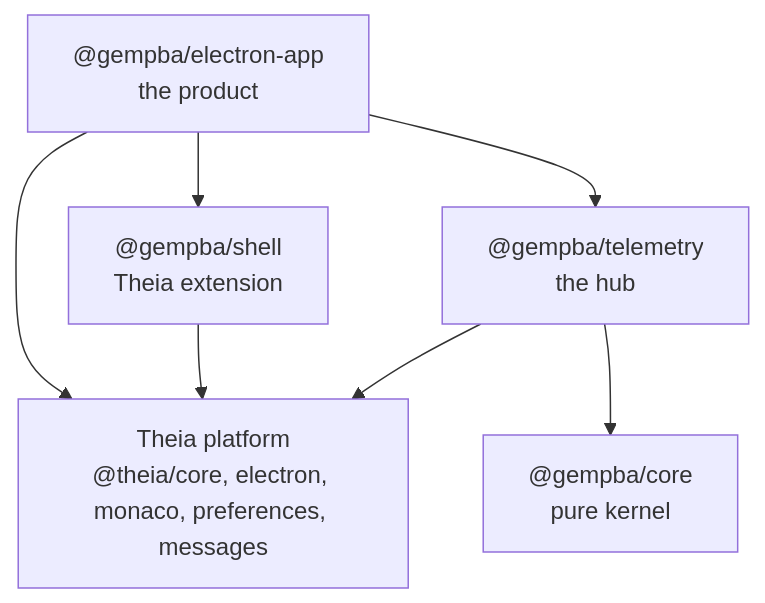
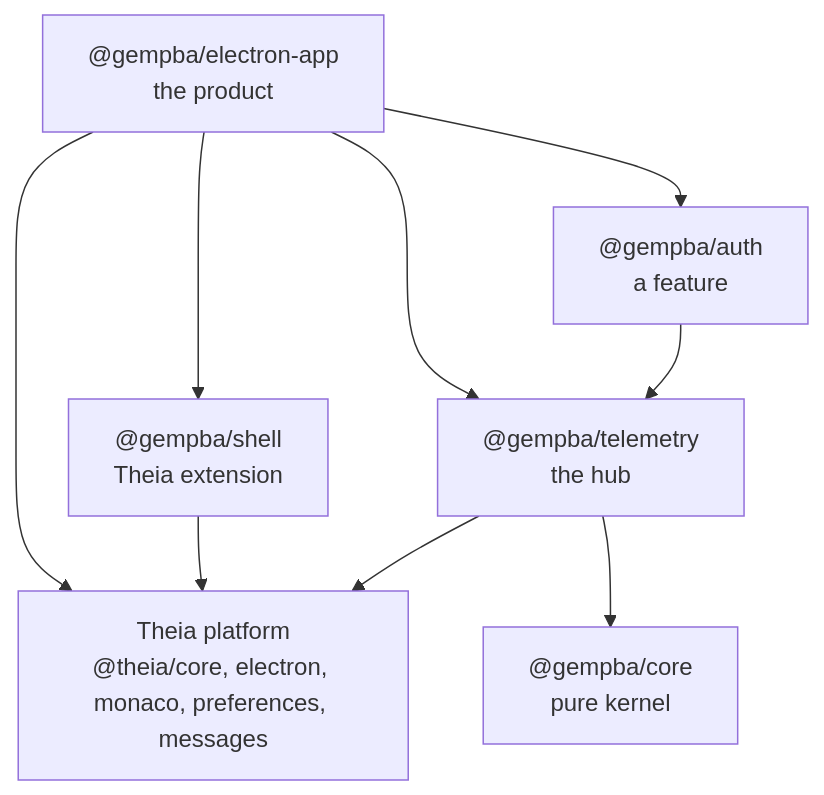
One commit to rapastranac/gempba-dashboard changed the second of 3 diagrams in ARCHITECTURE.md. Above: the diagram before and after it, drawn with Mermaid. The commit also changed other lines of this file, not shown here.

First line of the commit message:
#26 Document the SSH extension in ARCHITECTURE.md

````diff
--- a/ARCHITECTURE.md
+++ b/ARCHITECTURE.md
@@ -63,14 +68,17 @@
 ```mermaid
 flowchart TB
     app["@gempba/electron-app<br/>the product"]
     shell["@gempba/shell<br/>Theia extension"]
     telemetry["@gempba/telemetry<br/>the hub"]
+    auth["@gempba/auth<br/>a feature"]
     core["@gempba/core<br/>pure kernel"]
     theia["Theia platform<br/>@theia/core, electron, monaco, preferences, messages"]
     app --> shell
+    app --> auth
     app --> telemetry
     app --> theia
+    auth --> telemetry
     shell --> theia
     telemetry --> core
     telemetry --> theia
 ```
````
